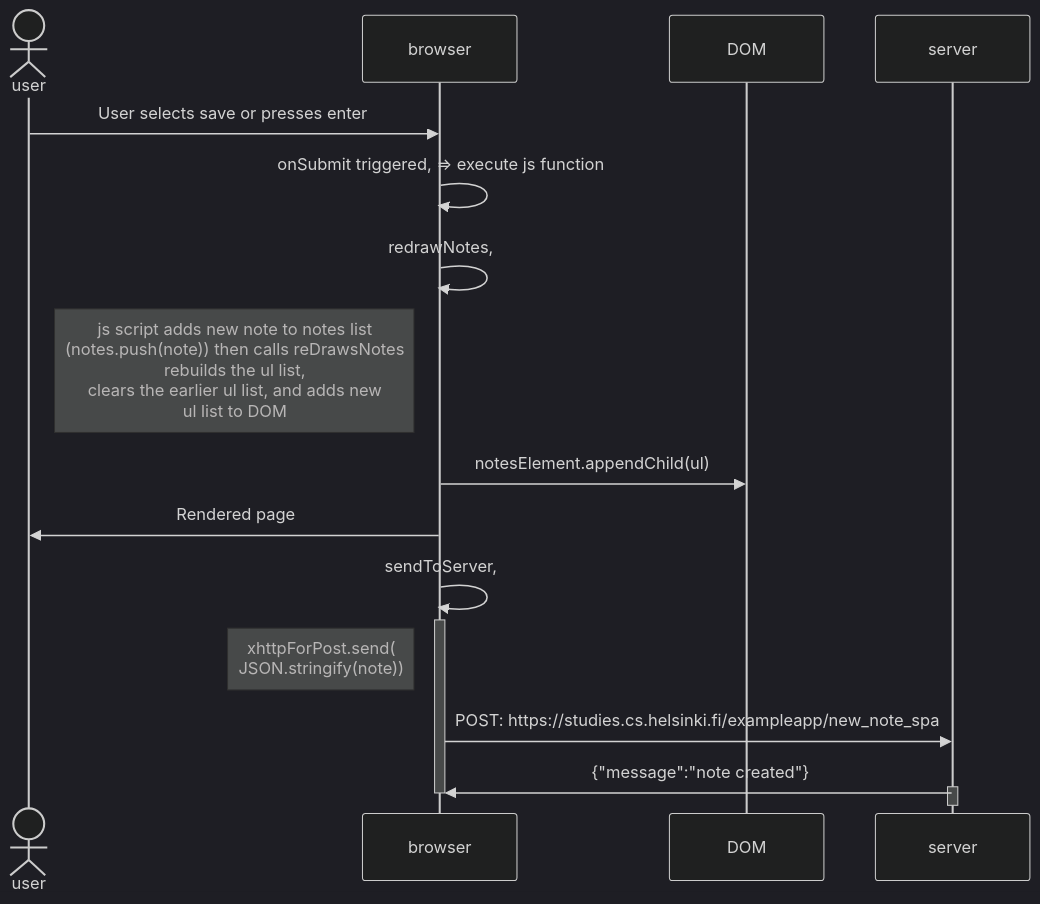
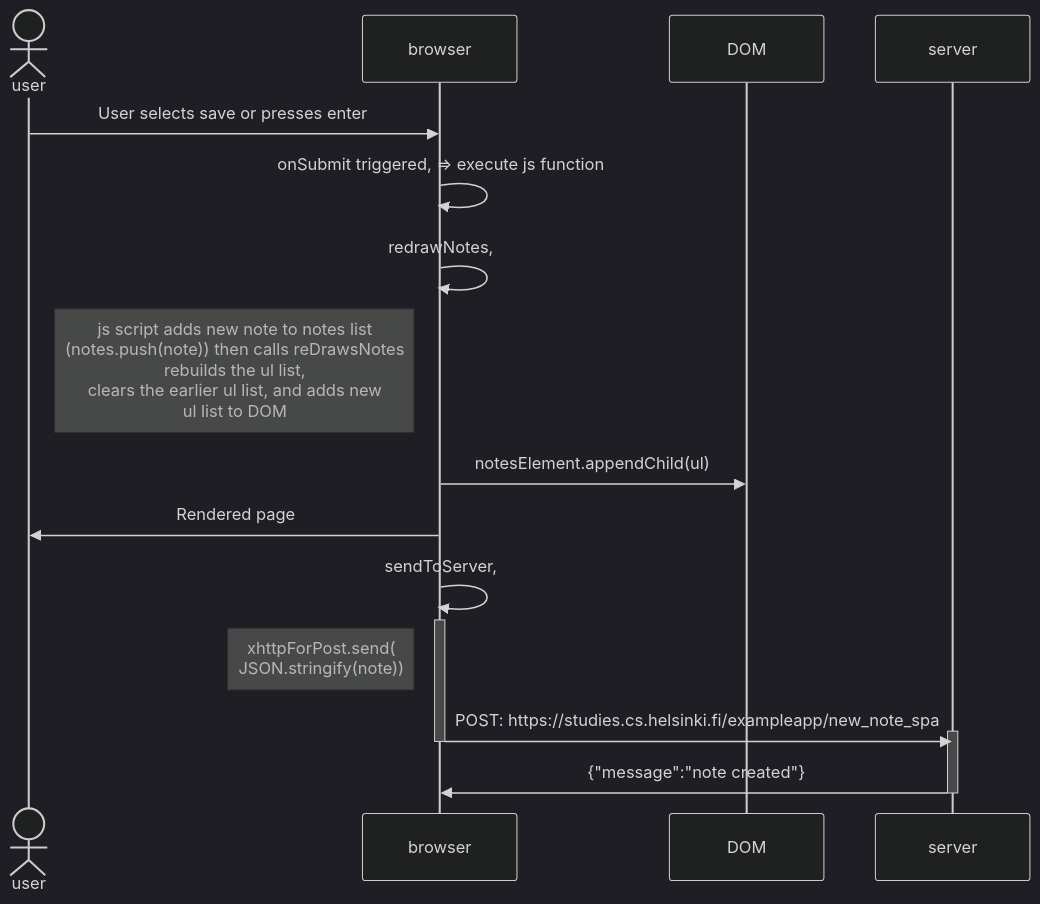
The third of 3 diagrams in osa0/README.md (mattire/FullStackOpen_Palautusrepositorio), drawn with Mermaid (dark theme) before and after one commit. The commit also changed other lines of this file, not shown here.

Commit message:
Osa0, refine seq diagrams

````diff
--- a/osa0/README.md
+++ b/osa0/README.md
@@ -84,24 +84,24 @@
 ```mermaid
 sequenceDiagram
     actor user
     participant browser
     participant DOM
     participant server
 
     user->>browser: User selects save or presses enter
     browser->>browser: onSubmit triggered, => execute js function
     browser->>browser: redrawNotes,
     Note left of browser: js script adds new note to notes list<br>(notes.push(note)) then calls reDrawsNotes <br> rebuilds the ul list, <br> clears the earlier ul list, and adds new <br> ul list to DOM
     browser->>DOM: notesElement.appendChild(ul)
     browser->>user: Rendered page
     browser->>browser: sendToServer,
     activate browser
     Note left of browser: xhttpForPost.send(<br>JSON.stringify(note))
     browser->>server: POST: https://studies.cs.helsinki.fi/exampleapp/new_note_spa
+    activate server
+    deactivate browser
     server->>browser: {"message":"note created"}
-    deactivate browser
-    activate server
 
     deactivate server
 
 ```
````
